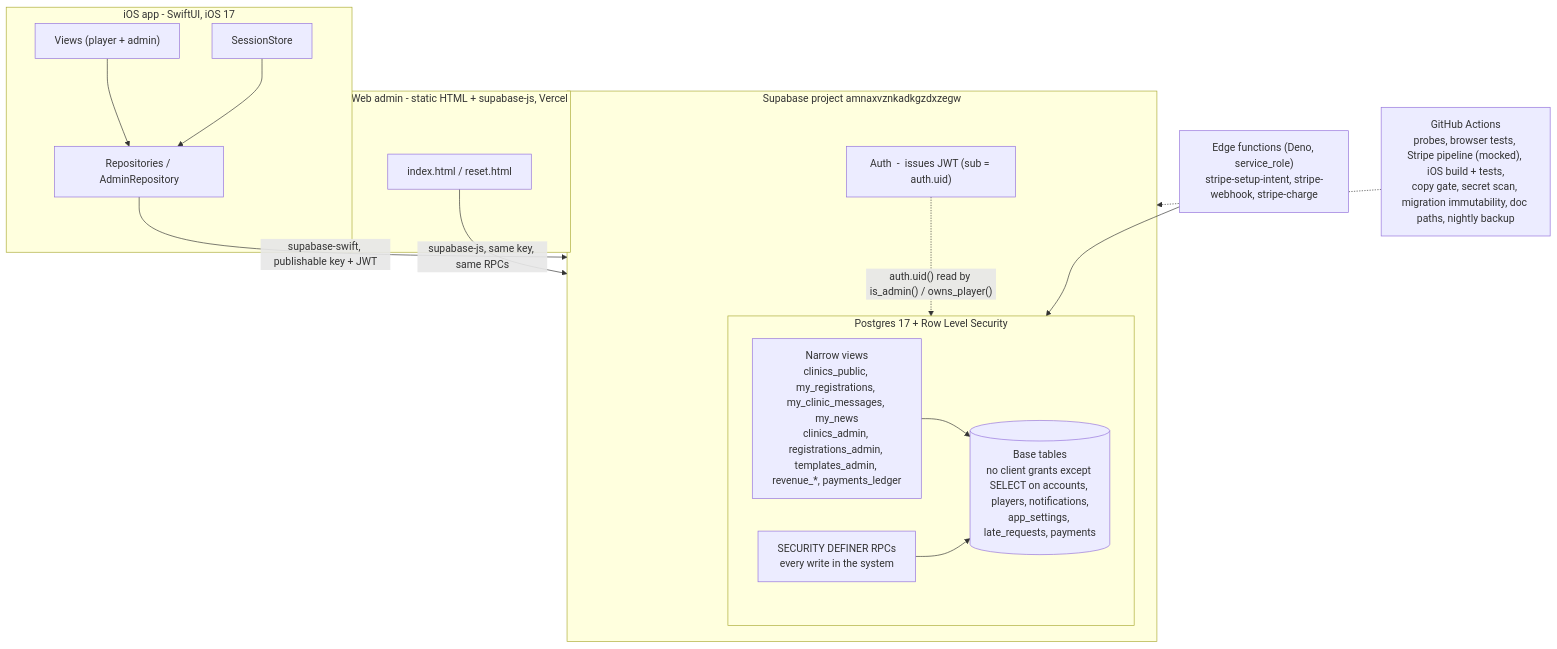
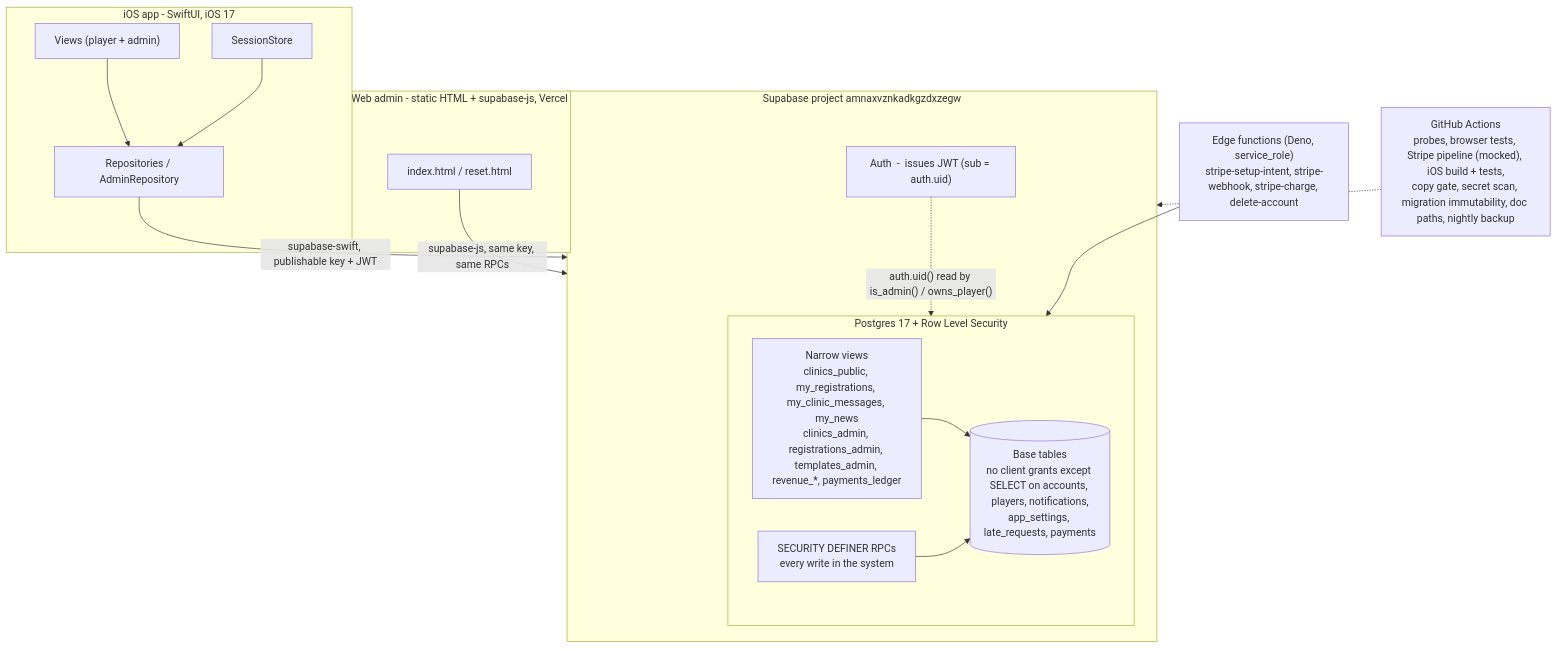
One commit to Volee-Team/FXE changed the diagram in docs/architecture.md. Above: the diagram before and after it, drawn with Mermaid. The commit also changed other lines of this file and 45 other files, not shown here.

````diff
--- a/docs/architecture.md
+++ b/docs/architecture.md
@@ -73,33 +73,33 @@
 ```mermaid
 flowchart TD
     subgraph ios["iOS app  -  SwiftUI, iOS 17"]
         views["Views (player + admin)"]
         session["SessionStore"]
         repos["Repositories / AdminRepository"]
         views --> repos
         session --> repos
     end
 
     subgraph web["Web admin  -  static HTML + supabase-js, Vercel"]
         page["index.html / reset.html"]
     end
 
     repos -->|"supabase-swift, publishable key + JWT"| supa
     page -->|"supabase-js, same key, same RPCs"| supa
 
     subgraph supa["Supabase project amnaxvznkadkgzdxzegw"]
         auth["Auth  -  issues JWT (sub = auth.uid)"]
         subgraph pg["Postgres 17 + Row Level Security"]
             vws["Narrow views<br/>clinics_public, my_registrations, my_clinic_messages, my_news<br/>clinics_admin, registrations_admin, templates_admin, revenue_*, payments_ledger"]
             rpc["SECURITY DEFINER RPCs<br/>every write in the system"]
             tbl[("Base tables<br/>no client grants except SELECT on accounts, players, notifications,<br/>app_settings, late_requests, payments")]
             vws --> tbl
             rpc --> tbl
         end
         auth -.->|"auth.uid() read by is_admin() / owns_player()"| pg
     end
 
-    edge["Edge functions (Deno, service_role)<br/>stripe-setup-intent, stripe-webhook, stripe-charge"]
+    edge["Edge functions (Deno, service_role)<br/>stripe-setup-intent, stripe-webhook, stripe-charge, delete-account"]
     edge --> pg
     gha["GitHub Actions<br/>probes, browser tests, Stripe pipeline (mocked), iOS build + tests,<br/>copy gate, secret scan, migration immutability, doc paths, nightly backup"] -.-> supa
 ```
````
